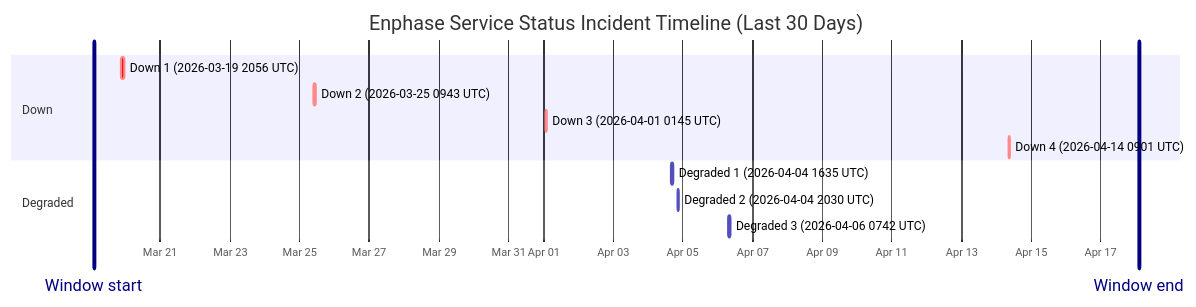
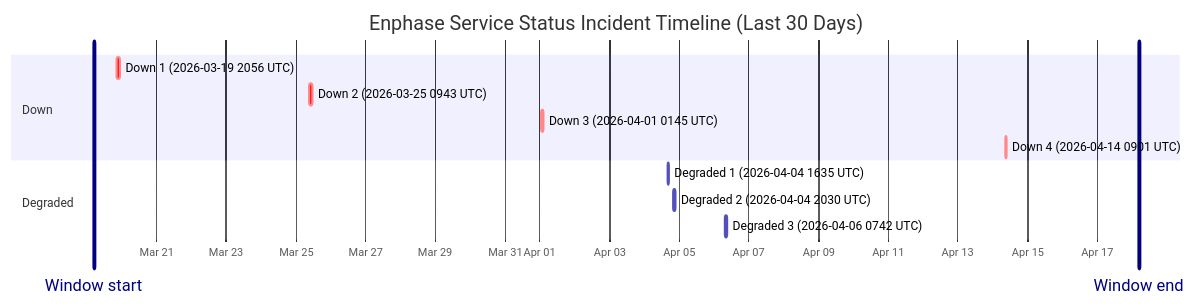
The diagram in wiki/Service-Status-History.md (barneyonline/ha-enphase-ev-charger), drawn with Mermaid before and after one commit. The commit also changed other lines of this file and 3 other files, not shown here.

````diff
--- a/wiki/Service-Status-History.md
+++ b/wiki/Service-Status-History.md
@@ -14,17 +14,17 @@
 ```mermaid
 gantt
     title Enphase Service Status Incident Timeline (Last 30 Days)
     dateFormat  YYYY-MM-DDTHH:mm:ss
     axisFormat  %b %d
-    Window start :vert, window-start, 2026-03-19T02:21:32, 0ms
-    Window end :vert, window-end, 2026-04-18T02:21:32, 0ms
+    Window start :vert, window-start, 2026-03-19T04:54:57, 0ms
+    Window end :vert, window-end, 2026-04-18T04:54:57, 0ms
     section Down
     Down 1 (2026-03-19 2056 UTC) :crit, down-1, 2026-03-19T20:56:20, 145m
     Down 2 (2026-03-25 0943 UTC) :crit, down-2, 2026-03-25T09:43:28, 111m
     Down 3 (2026-04-01 0145 UTC) :crit, down-3, 2026-04-01T01:45:09, 60m
     Down 4 (2026-04-14 0901 UTC) :crit, down-4, 2026-04-14T09:01:13, 60m
     section Degraded
     Degraded 1 (2026-04-04 1635 UTC) :active, degraded-1, 2026-04-04T16:35:17, 60m
     Degraded 2 (2026-04-04 2030 UTC) :active, degraded-2, 2026-04-04T20:30:40, 60m
     Degraded 3 (2026-04-06 0742 UTC) :active, degraded-3, 2026-04-06T07:42:09, 85m
 ```
````
